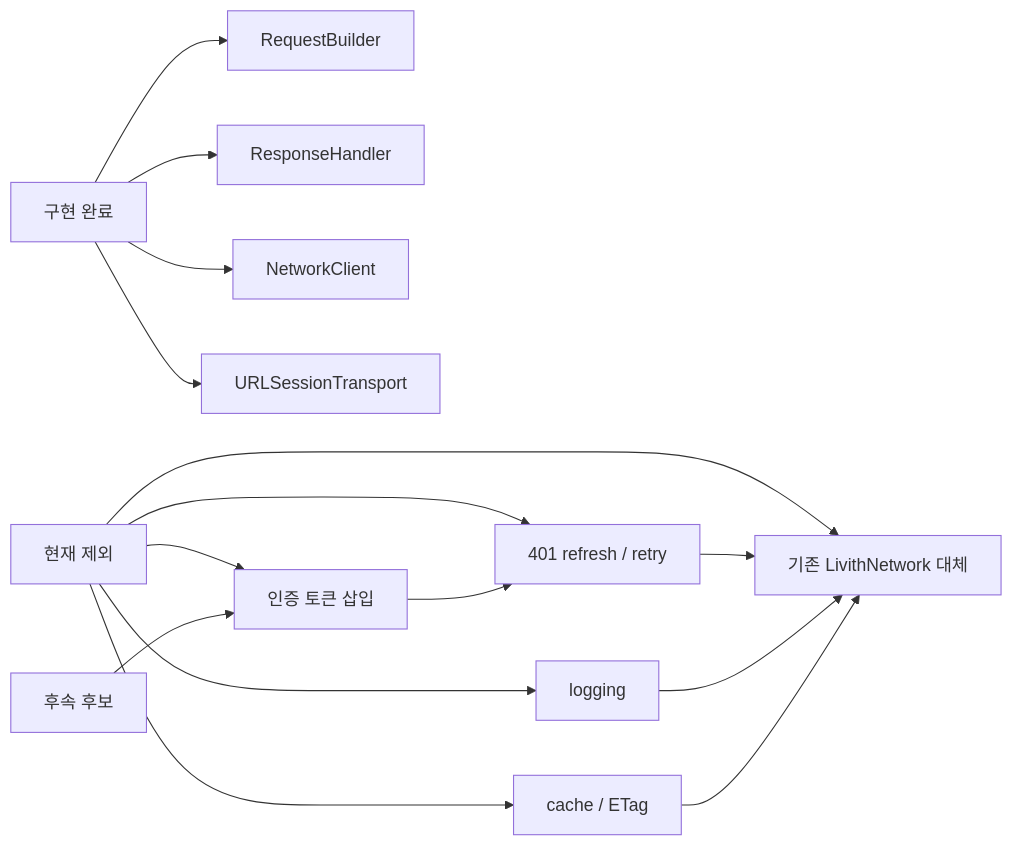
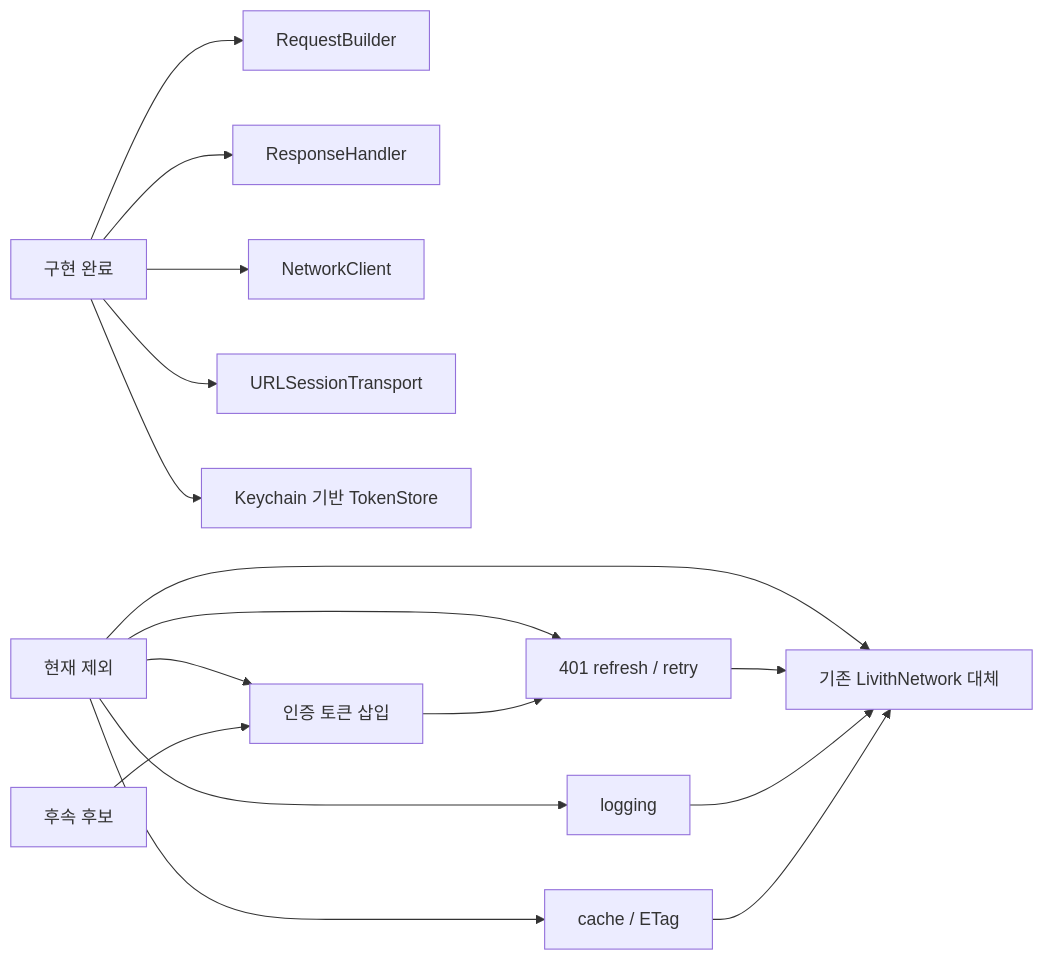
One commit to mediunn/Livith-iOS changed the first of 8 diagrams in Projects/LivithNetworking/README.md. Above: the diagram before and after it, drawn with Mermaid. The commit also changed other lines of this file and 11 other files, not shown here.

````diff
--- a/Projects/LivithNetworking/README.md
+++ b/Projects/LivithNetworking/README.md
@@ -7,23 +7,24 @@
 ```mermaid
 flowchart LR
     Done[구현 완료]
     Out[현재 제외]
     Next[후속 후보]
 
     Done --> Request[RequestBuilder]
     Done --> Response[ResponseHandler]
     Done --> Client[NetworkClient]
     Done --> Transport[URLSessionTransport]
+    Done --> TokenStore[Keychain 기반 TokenStore]
 
     Out --> Auth[인증 토큰 삽입]
     Out --> Refresh[401 refresh / retry]
     Out --> Logging[logging]
     Out --> Cache[cache / ETag]
     Out --> Migration[기존 LivithNetwork 대체]
 
     Next --> Auth
     Auth --> Refresh
     Refresh --> Migration
     Logging --> Migration
     Cache --> Migration
 ```
````
